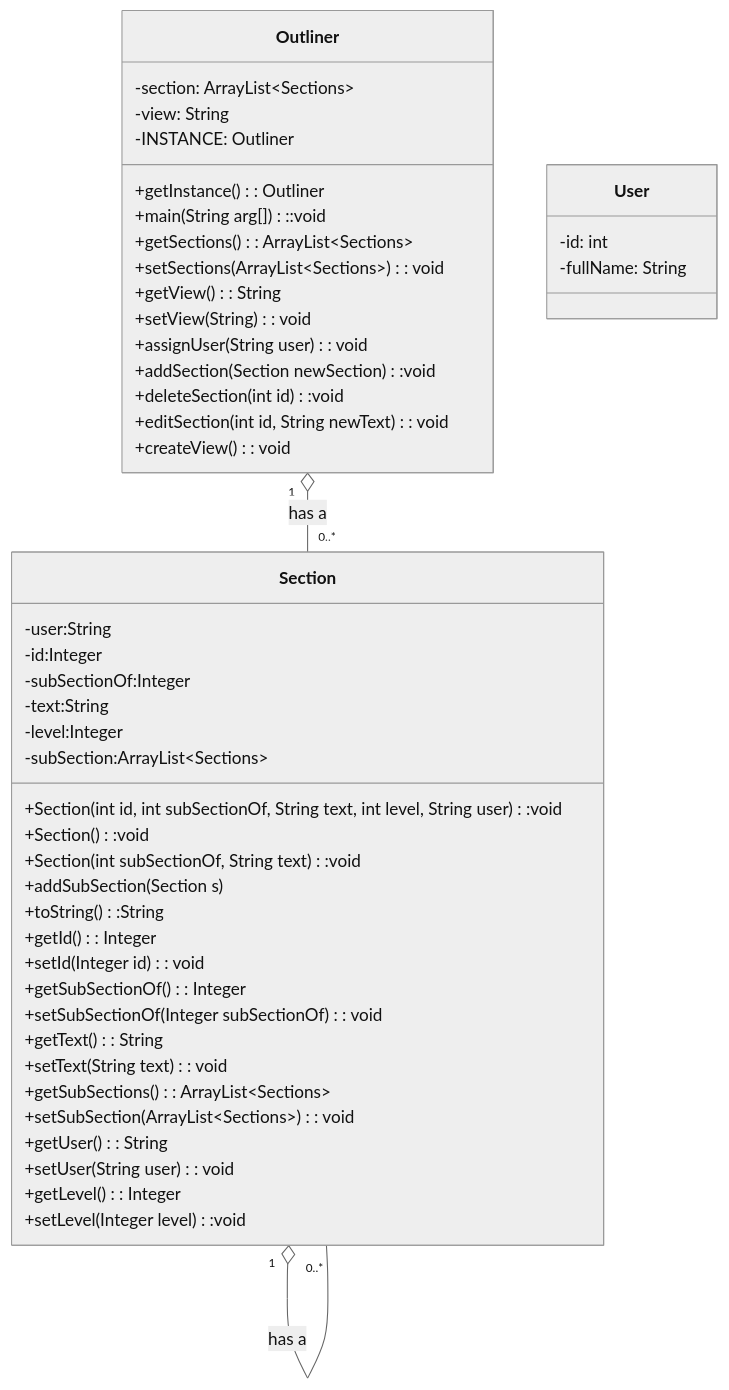
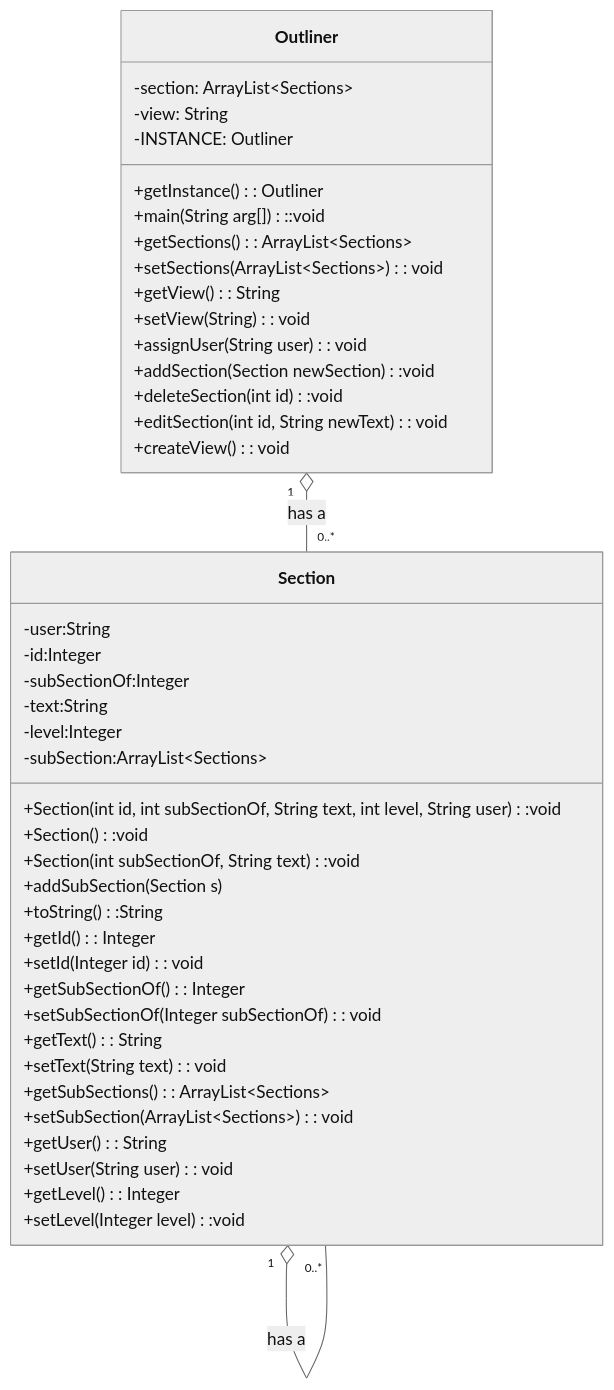
The diagram in docs/UML.md (itsjihunpark/Microsoft-Word-Outliner-Clone), drawn with Mermaid (neutral theme) before and after one commit.

````diff
--- a/docs/UML.md
+++ b/docs/UML.md
@@ -24,58 +24,53 @@
 ```mermaid
 classDiagram
     Outliner "1" o-- "0..*" Section : has a 
     Section "1" o-- "0..*" Section : has a
-
-    class User{
-      -id: int
-      -fullName: String
-    }
 
     class Outliner{
     
     }
 
     class Outliner{
       -section: ArrayList~Sections~
       -view: String
       -INSTANCE: Outliner
       +getInstance(): Outliner
       +main(String arg[])::void
       +getSections(): ArrayList~Sections~
       +setSections(ArrayList~Sections~): void
       +getView(): String
       +setView(String): void
       +assignUser(String user): void
       +addSection(Section newSection):void
       +deleteSection(int id):void
       +editSection(int id, String newText): void
       +createView(): void
     }
     class Section{
       -user:String
       -id:Integer
       -subSectionOf:Integer
       -text:String
       -level:Integer
       -subSection:ArrayList~Sections~
       +Section(int id, int subSectionOf, String text, int level, String user):void
       +Section():void
       +Section(int subSectionOf, String text):void
       +addSubSection(Section s)
       +toString():String
       +getId(): Integer
       +setId(Integer id): void
       +getSubSectionOf(): Integer
       +setSubSectionOf(Integer subSectionOf): void
       +getText(): String
       +setText(String text): void
       +getSubSections(): ArrayList~Sections~
       +setSubSection(ArrayList~Sections~): void
       +getUser(): String
       +setUser(String user): void
       +getLevel(): Integer
       +setLevel(Integer level):void
 
     }
 
 ```
````
